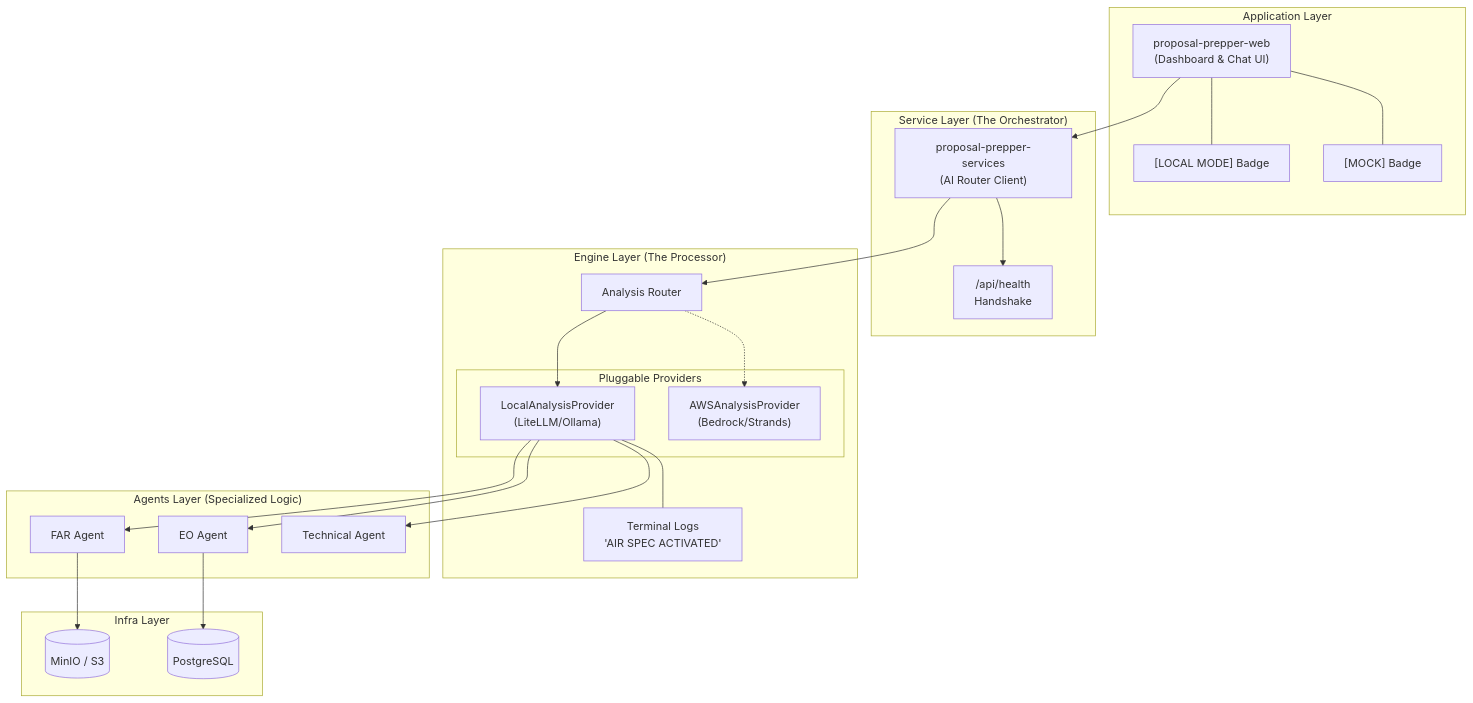
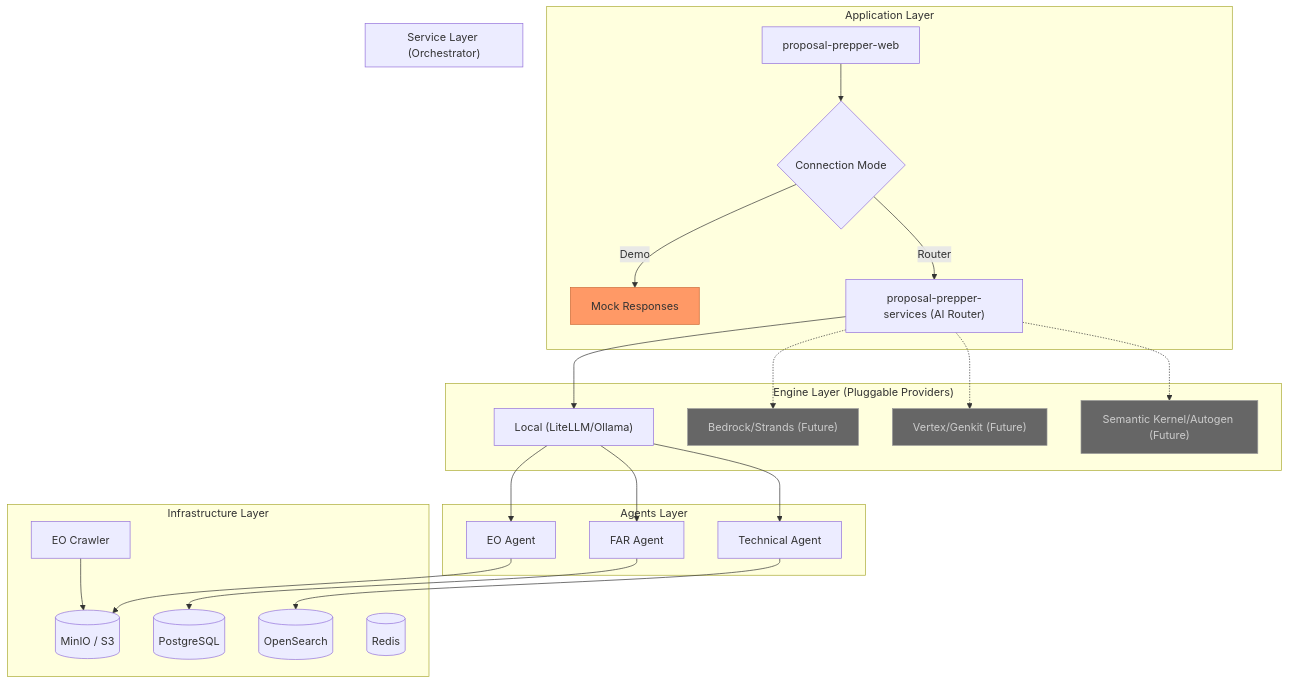
Before and after one commit to SeventeenSierra/proposal-prepper: the diagram in proposal-prepper-docs/architecture_on_prem_vs_cloud.md, drawn with Mermaid. The commit also changed other lines of this file and 12 other files, not shown here.

First line of the commit message:
feat(web): refine demo/mock mode logic and UI polish

````diff
--- a/proposal-prepper-docs/architecture_on_prem_vs_cloud.md
+++ b/proposal-prepper-docs/architecture_on_prem_vs_cloud.md
@@ -7,50 +24,54 @@
 ```mermaid
 graph TD
     subgraph "Application Layer"
-        WEB["proposal-prepper-web<br/>(Dashboard & Chat UI)"]
-        BADGE_LOCAL["[LOCAL MODE] Badge"]
-        BADGE_MOCK["[MOCK] Badge"]
-        WEB --- BADGE_LOCAL
-        WEB --- BADGE_MOCK
+        WEB["proposal-prepper-web"]
+        MODE{"Connection Mode"}
+        WEB --> MODE
+        MODE -->|Demo| MOCK["Mock Responses"]
+        MODE -->|Router| SVC
     end
 
-    subgraph "Service Layer (The Orchestrator)"
-        SVC["proposal-prepper-services<br/>(AI Router Client)"]
-        HEALTH["/api/health<br/>Handshake"]
-        SVC --> HEALTH
+    subgraph "Service Layer (Orchestrator)"
+        SVC["proposal-prepper-services (AI Router)"]
     end
 
-    subgraph "Engine Layer (The Processor)"
-        ROUTER["Analysis Router"]
-        LOGS["Terminal Logs<br/>'AIR SPEC ACTIVATED'"]
+    subgraph "Engine Layer (Pluggable Providers)"
+        LOCAL["Local (LiteLLM/Ollama)"]
+        AWS["Bedrock/Strands (Future)"]
+        GCP["Vertex/Genkit (Future)"]
+        MSFT["Semantic Kernel/Autogen (Future)"]
         
-        subgraph "Pluggable Providers"
-            LOCAL_PROV["LocalAnalysisProvider<br/>(LiteLLM/Ollama)"]
-            AWS_PROV["AWSAnalysisProvider<br/>(Bedrock/Strands)"]
-        end
-        
-        ROUTER --> LOCAL_PROV
-        ROUTER -.-> AWS_PROV
-        LOCAL_PROV --- LOGS
+        SVC --> LOCAL
+        SVC -.-> AWS
+        SVC -.-> GCP
+        SVC -.-> MSFT
     end
 
-    subgraph "Agents Layer (Specialized Logic)"
-        FAR_AGENT["FAR Agent"]
-        EO_AGENT["EO Agent"]
-        TECH_AGENT["Technical Agent"]
+    subgraph "Agents Layer"
+        FAR["FAR Agent"]
+        EO["EO Agent"]
+        TECH["Technical Agent"]
         
-        LOCAL_PROV --> FAR_AGENT
-        LOCAL_PROV --> EO_AGENT
-        LOCAL_PROV --> TECH_AGENT
+        LOCAL --> FAR
+        LOCAL --> EO
+        LOCAL --> TECH
     end
 
-    subgraph "Infra Layer"
+    subgraph "Infrastructure Layer"
+        CRAWLER["EO Crawler"]
         STORAGE[("MinIO / S3")]
         DB[("PostgreSQL")]
+        VECTOR[("OpenSearch")]
+        CACHE[("Redis")]
+        
+        CRAWLER --> STORAGE
+        FAR --> DB
+        EO --> STORAGE
+        TECH --> VECTOR
     end
 
-    WEB --> SVC
-    SVC --> ROUTER
-    FAR_AGENT --> STORAGE
-    EO_AGENT --> DB
+    style MOCK fill:#f96,stroke:#c63
+    style AWS fill:#666,stroke:#999,color:#ccc
+    style GCP fill:#666,stroke:#999,color:#ccc
+    style MSFT fill:#666,stroke:#999,color:#ccc
 ```
````
